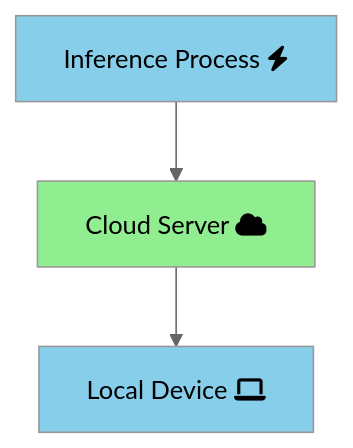
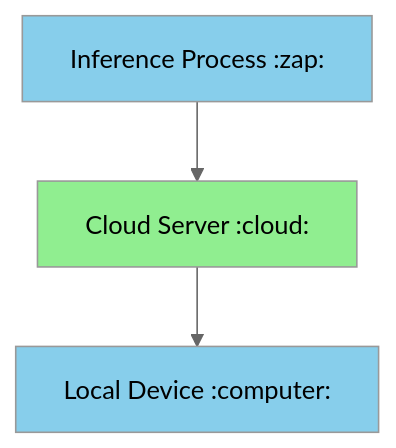
The third of 4 diagrams in README.md (gatepoet/LLM-Guide), drawn with Mermaid (neutral theme) before and after one commit. The commit also changed other lines of this file, not shown here.

````diff
--- a/README.md
+++ b/README.md
@@ -62,7 +62,7 @@
 ```mermaid
   graph
-  A[Inference Process fa:fa-bolt]:::blue --> B[Cloud Server fa:fa-cloud]:::green
-  B --> C[Local Device fa:fa-laptop]:::blue
+  A[Inference Process :zap:]:::blue --> B[Cloud Server :cloud:]:::green
+  B --> C[Local Device :computer:]:::blue
 classDef blue fill:skyblue
 classDef green fill:lightgreen
 ```
````
